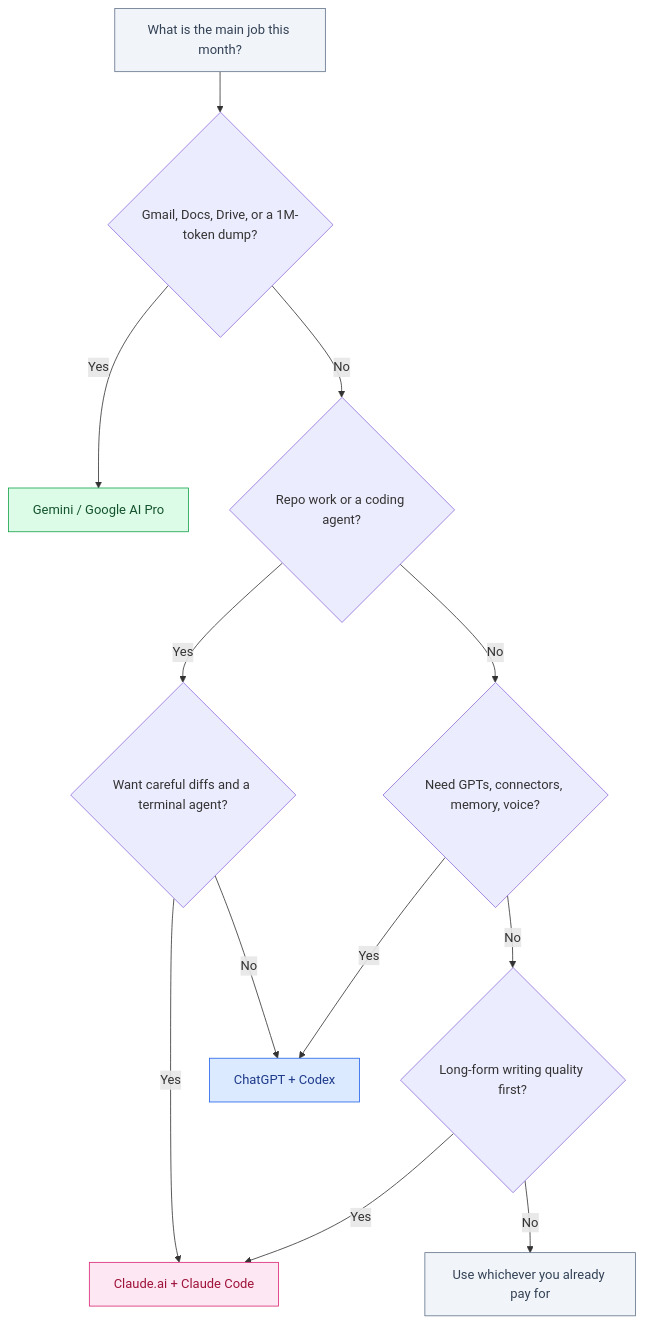
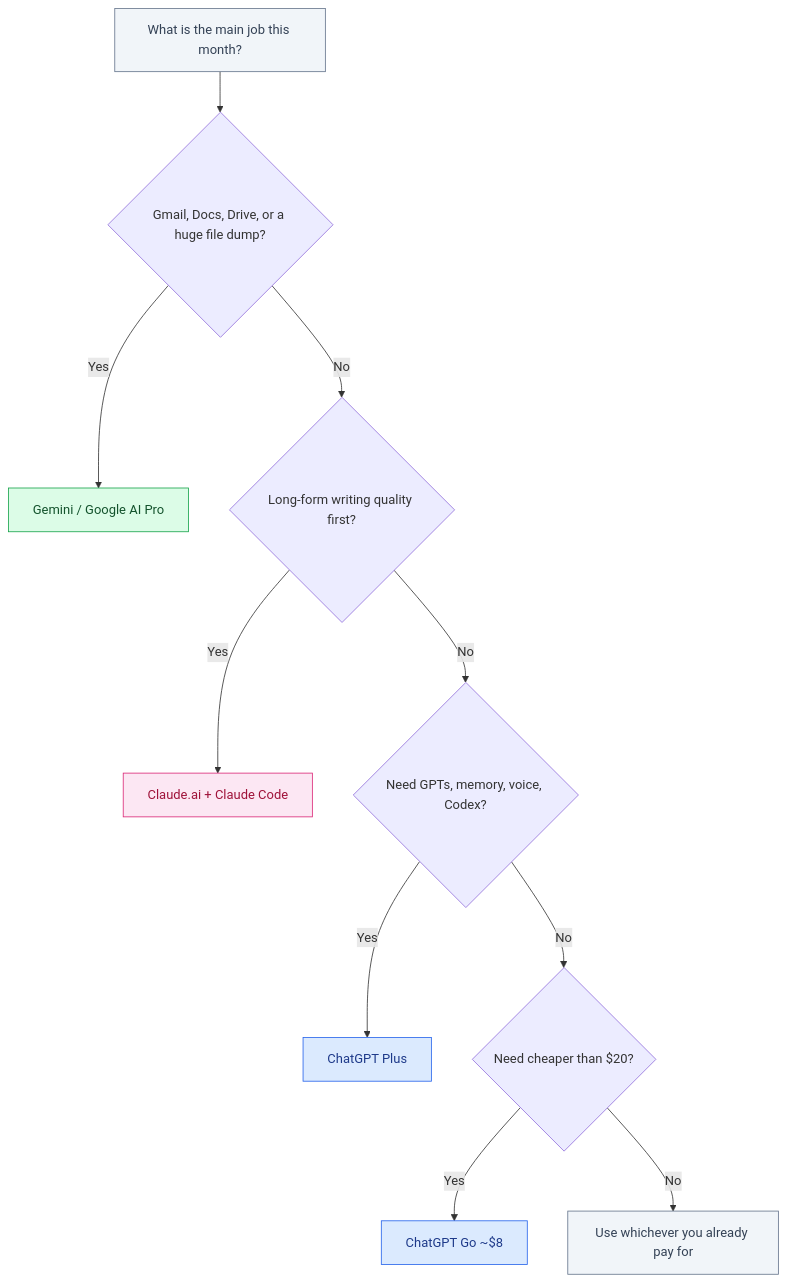
One commit to amarkum/stackcone changed the diagram in blog/md/chatgpt-vs-gemini-vs-claude.md. Above: the diagram before and after it, drawn with Mermaid. The commit also changed other lines of this file and 77 other files, not shown here.

Commit message:
blog: publish eight comparison guides and fix diagram fullscreen on posts

````diff
--- a/blog/md/chatgpt-vs-gemini-vs-claude.md
+++ b/blog/md/chatgpt-vs-gemini-vs-claude.md
@@ -196,19 +163,17 @@
 ```mermaid
 flowchart TD
   classDef q fill:#f1f5f9,stroke:#64748b,color:#334155
   classDef oai fill:#dbeafe,stroke:#2563eb,color:#1e3a8a
   classDef goog fill:#dcfce7,stroke:#16a34a,color:#14532d
   classDef anth fill:#fce7f3,stroke:#db2777,color:#9f1239
   Start["What is the main job this month?"]:::q
-  Start --> Docs{"Gmail, Docs, Drive, or a 1M-token dump?"}
+  Start --> Docs{"Gmail, Docs, Drive, or a huge file dump?"}
   Docs -->|Yes| Gemini["Gemini / Google AI Pro"]:::goog
-  Docs -->|No| Code{"Repo work or a coding agent?"}
-  Code -->|Yes| Taste{"Want careful diffs and a terminal agent?"}
-  Taste -->|Yes| Claude["Claude.ai + Claude Code"]:::anth
-  Taste -->|No| GPT["ChatGPT + Codex"]:::oai
-  Code -->|No| Eco{"Need GPTs, connectors, memory, voice?"}
-  Eco -->|Yes| GPT
-  Eco -->|No| Write{"Long-form writing quality first?"}
-  Write -->|Yes| Claude
-  Write -->|No| Stay["Use whichever you already pay for"]:::q
+  Docs -->|No| Write{"Long-form writing quality first?"}
+  Write -->|Yes| Claude["Claude.ai + Claude Code"]:::anth
+  Write -->|No| Eco{"Need GPTs, memory, voice, Codex?"}
+  Eco -->|Yes| GPT["ChatGPT Plus"]:::oai
+  Eco -->|No| Budget{"Need cheaper than $20?"}
+  Budget -->|Yes| Go["ChatGPT Go ~$8"]:::oai
+  Budget -->|No| Stay["Use whichever you already pay for"]:::q
 ```
````
